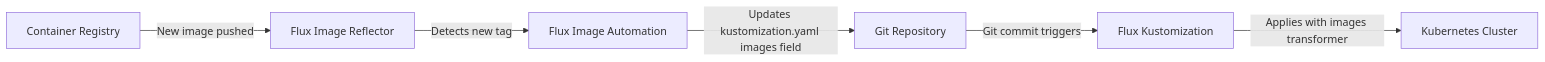
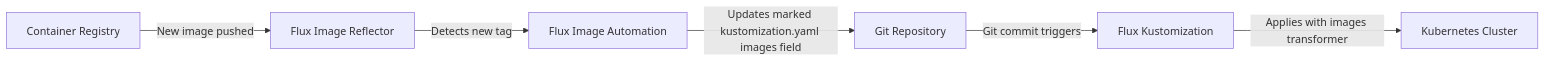
One commit to OneUptime/blog changed the diagram in posts/2026-03-05-kustomization-images-transformer-flux/README.md. Above: the diagram before and after it, drawn with Mermaid. The commit also changed other lines of this file and 2 other files, not shown here.

Commit message:
validate: 2026-03-05-kustomization-images-transformer-flux

````diff
--- a/posts/2026-03-05-kustomization-images-transformer-flux/README.md
+++ b/posts/2026-03-05-kustomization-images-transformer-flux/README.md
@@ -262,8 +263,8 @@
 ```mermaid
 graph LR
     A[Container Registry] -->|New image pushed| B[Flux Image Reflector]
     B -->|Detects new tag| C[Flux Image Automation]
-    C -->|Updates kustomization.yaml images field| D[Git Repository]
+    C -->|Updates marked kustomization.yaml images field| D[Git Repository]
     D -->|Git commit triggers| E[Flux Kustomization]
     E -->|Applies with images transformer| F[Kubernetes Cluster]
 ```
````
